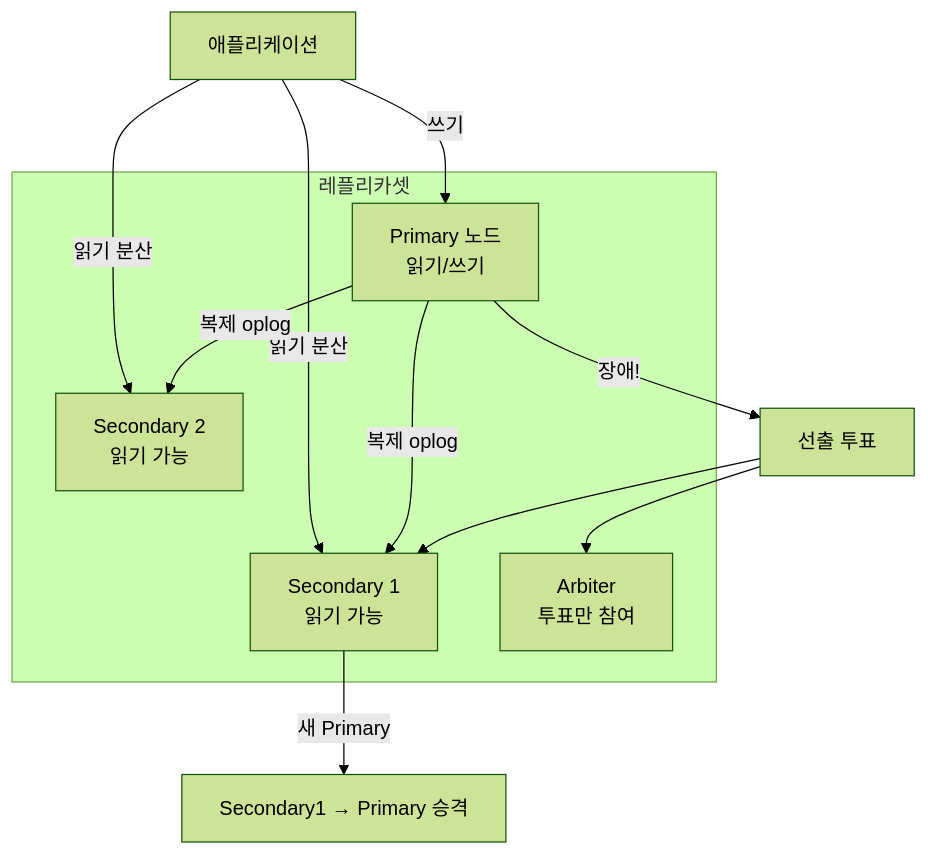
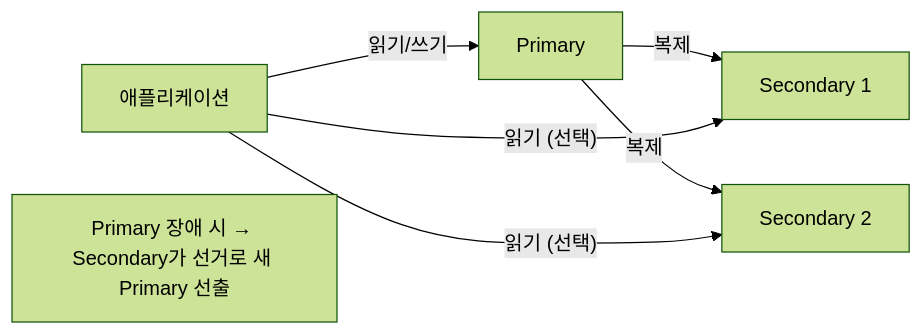
One commit to yjkim2015/yjkim2015.github.io changed the fifth of 7 diagrams in _posts/nosql/2026-05-02-mongodb-deep.md. Above: the diagram before and after it, drawn with Mermaid (forest theme). The commit also changed other lines of this file and 122 other files, not shown here.

````diff
--- a/_posts/nosql/2026-05-02-mongodb-deep.md
+++ b/_posts/nosql/2026-05-02-mongodb-deep.md
@@ -497,21 +273,9 @@
 ```mermaid
-graph TD
-    subgraph "레플리카셋"
-        Primary["Primary 노드<br>읽기/쓰기"]
-        Secondary1["Secondary 1<br>읽기 가능"]
-        Secondary2["Secondary 2<br>읽기 가능"]
-        Arbiter["Arbiter<br>투표만 참여"]
-    end
-
-    App["애플리케이션"] -->|"쓰기"| Primary
-    App -->|"읽기 분산"| Secondary1
-    App -->|"읽기 분산"| Secondary2
-
-    Primary -->|"복제 oplog"| Secondary1
-    Primary -->|"복제 oplog"| Secondary2
-
-    Primary -->|"장애!"| Election["선출 투표"]
-    Election --> Secondary1
-    Election --> Arbiter
-    Secondary1 -->|"새 Primary"| NewPrimary["Secondary1 → Primary 승격"]
+graph LR
+    Client["애플리케이션"] -->|"읽기/쓰기"| P["Primary"]
+    P -->|"복제"| S1["Secondary 1"]
+    P -->|"복제"| S2["Secondary 2"]
+    Client -->|"읽기 (선택)"| S1
+    Client -->|"읽기 (선택)"| S2
+    Note["Primary 장애 시 → Secondary가 선거로 새 Primary 선출"]
 ```
````
